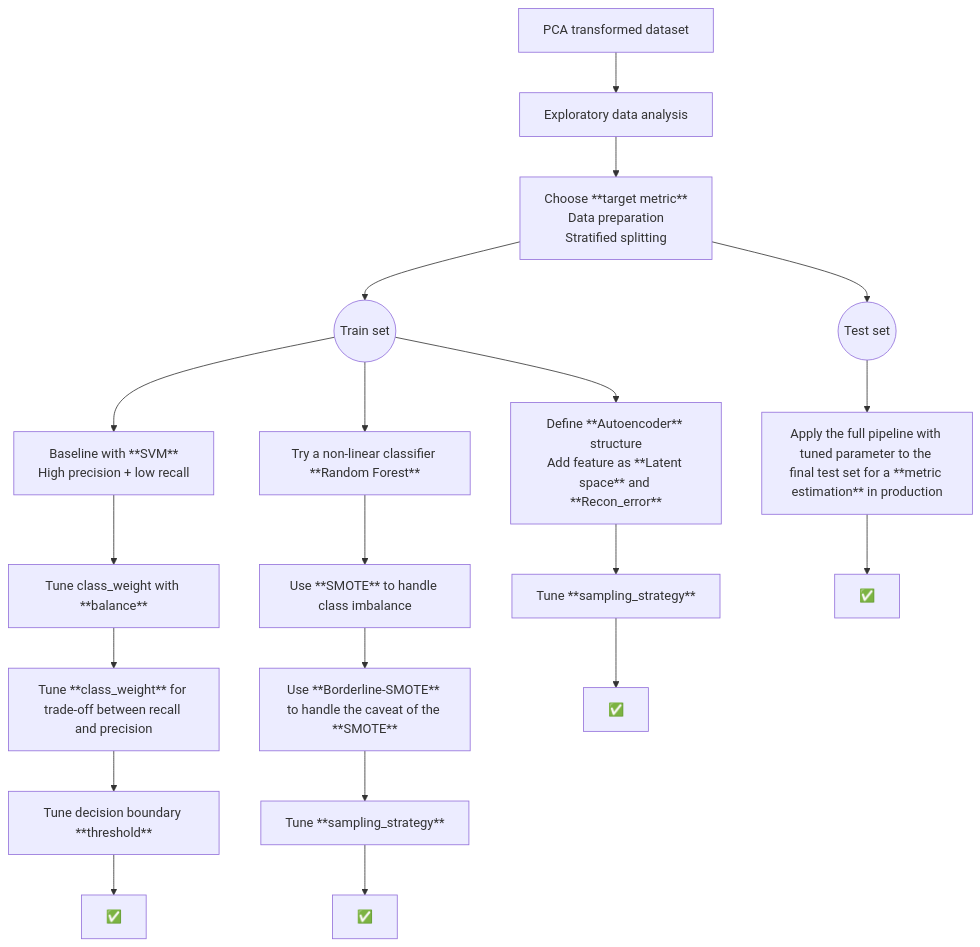
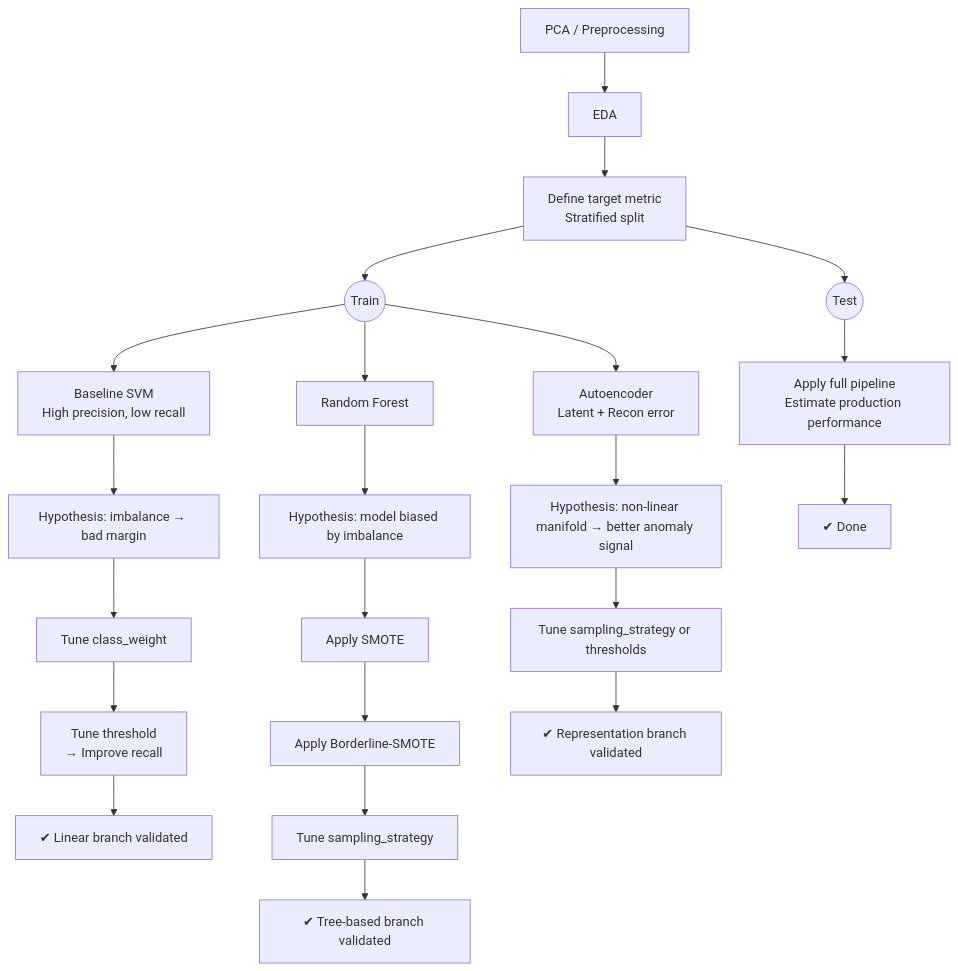
Before and after one commit to trungdung1711/credit-card-fraud-detection: the diagram in IDEA.md, drawn with Mermaid.

Commit message:
feat: :memo: update IDEA.md

````diff
--- a/IDEA.md
+++ b/IDEA.md
@@ -3,43 +3,35 @@
 ```mermaid
-    graph TD
-    0[PCA transformed dataset] --> 1[Exploratory data analysis] --> A
-    A[
-        Choose **target metric**
-        Data preparation
-        Stratified splitting
-    ] --> B((Train set))
-    A --> C((Test set))
-    B --> D[
-        Baseline with **SVM**
-        High precision + low recall
-    ]
-    D --> E[Tune class_weight with **balance**]
+flowchart TD
 
-    E --> F[Tune **class_weight** for trade-off between recall and precision]
+A[PCA / Preprocessing] --> B[EDA]
 
-    F --> G[Tune decision boundary **threshold**]
+B --> C[Define target metric<br>Stratified split]
+C --> D((Train))
+C --> E((Test))
 
-    G --> H[✅]
+%% SVM Branch
+D --> S1[Baseline SVM<br>High precision, low recall]
+S1 --> S2[Hypothesis: imbalance → bad margin]
+S2 --> S3[Tune class_weight]
+S3 --> S4[Tune threshold<br>→ Improve recall]
+S4 --> SOK[✔ Linear branch validated]
 
-    B --> L[Try a non-linear classifier **Random Forest**]
+%% RF Branch
+D --> R1[Random Forest]
+R1 --> R2[Hypothesis: model biased by imbalance]
+R2 --> R3[Apply SMOTE]
+R3 --> R4[Apply Borderline-SMOTE]
+R4 --> R5[Tune sampling_strategy]
+R5 --> ROK[✔ Tree-based branch validated]
 
-    L --> M[Use **SMOTE** to handle class imbalance]
+%% AE Branch
+D --> A1[Autoencoder<br>Latent + Recon error]
+A1 --> A2[Hypothesis: non-linear manifold → better anomaly signal]
+A2 --> A3[Tune sampling_strategy or thresholds]
+A3 --> AOK[✔ Representation branch validated]
 
-    M --> N[Use **Borderline-SMOTE** to handle the caveat of the **SMOTE**]
+%% Final
+E --> F[Apply full pipeline<br>Estimate production performance]
+F --> END[✔ Done]
 
-    N --> O[Tune **sampling_strategy**]
-
-    O --> P[✅]
-
-    B --> Q[Define **Autoencoder** structure
-    Add feature as **Latent space** and **Recon_error**
-    ]
-
-    Q --> R[Tune **sampling_strategy**]
-
-    R --> S[✅]
-
-    C --> T[Apply the full pipeline with tuned parameter to the final test set for a **metric estimation** in production]
-
-    T --> V[✅]
 ```
````
